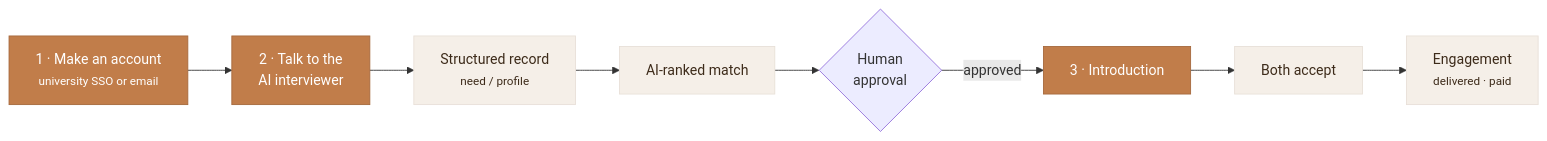
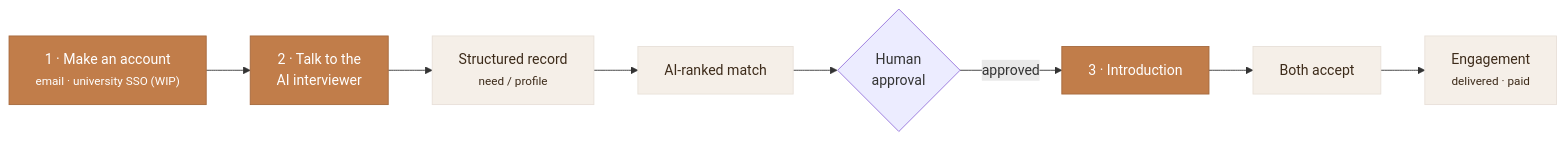
Before and after one commit to SaiKasani/Hephaestus-Public: the first of 4 diagrams in README.md, drawn with Mermaid. The commit also changed other lines of this file and 1 other file, not shown here.

First line of the commit message:
Reframe as early work-in-progress scaffold; flag .edu verification as WIP

````diff
--- a/README.md
+++ b/README.md
@@ -102,15 +109,15 @@
 ```mermaid
 flowchart LR
-    A["1 · Make an account<br/><small>university SSO or email</small>"] --> B["2 · Talk to the<br/>AI interviewer"]
+    A["1 · Make an account<br/><small>email · university SSO (WIP)</small>"] --> B["2 · Talk to the<br/>AI interviewer"]
     B --> C["Structured record<br/><small>need / profile</small>"]
     C --> D["AI-ranked match"]
     D --> E{"Human<br/>approval"}
     E -->|approved| F["3 · Introduction"]
     F --> G["Both accept"]
     G --> H["Engagement<br/><small>delivered · paid</small>"]
 
     classDef accent fill:#C17D4A,stroke:#A5683C,color:#fff;
     classDef soft fill:#F5EFE8,stroke:#E8E0D8,color:#3D2B1A;
     class A,B,F accent;
     class C,D,G,H soft;
 ```
````
